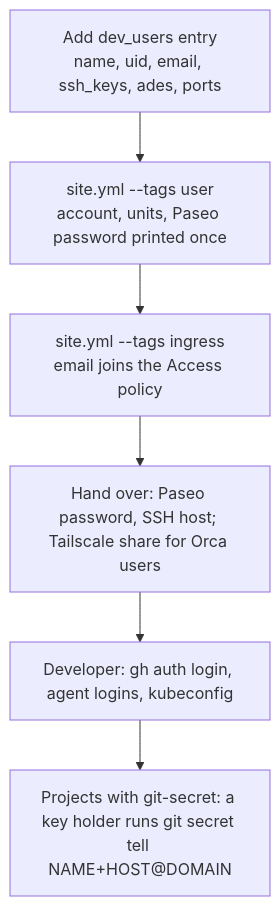
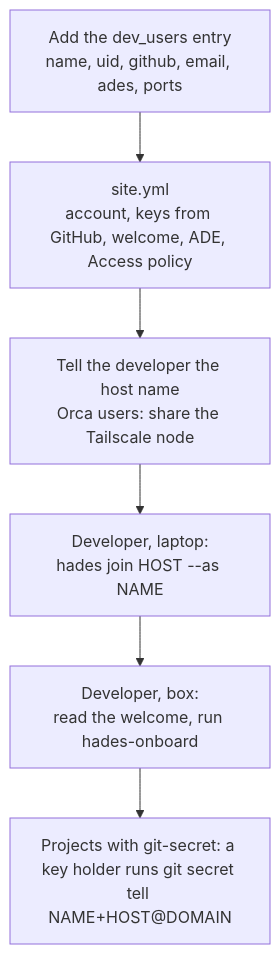
The second of 3 diagrams in docs/server.md (quotedo/hades), drawn with Mermaid before and after one commit. The commit also changed other lines of this file and 7 other files, not shown here.

Commit message:
docs: join, first login, one-command apply, keys from GitHub, generated admin password

````diff
--- a/docs/server.md
+++ b/docs/server.md
@@ -169,8 +175,8 @@
 ```mermaid
 flowchart TD
-  a["Add dev_users entry<br/>name, uid, email, ssh_keys, ades, ports"] --> b["site.yml --tags user<br/>account, units, Paseo password printed once"]
-  b --> c["site.yml --tags ingress<br/>email joins the Access policy"]
-  c --> d["Hand over: Paseo password, SSH host; Tailscale share for Orca users"]
-  d --> e["Developer: gh auth login, agent logins, kubeconfig"]
+  a["Add the dev_users entry<br/>name, uid, github, email, ades, ports"] --> b["site.yml<br/>account, keys from GitHub, welcome, ADE, Access policy"]
+  b --> c["Tell the developer the host name<br/>Orca users: share the Tailscale node"]
+  c --> d["Developer, laptop:<br/>hades join HOST --as NAME"]
+  d --> e["Developer, box:<br/>read the welcome, run hades-onboard"]
   e --> f["Projects with git-secret: a key holder runs git secret tell NAME+HOST@DOMAIN"]
 ```
````
